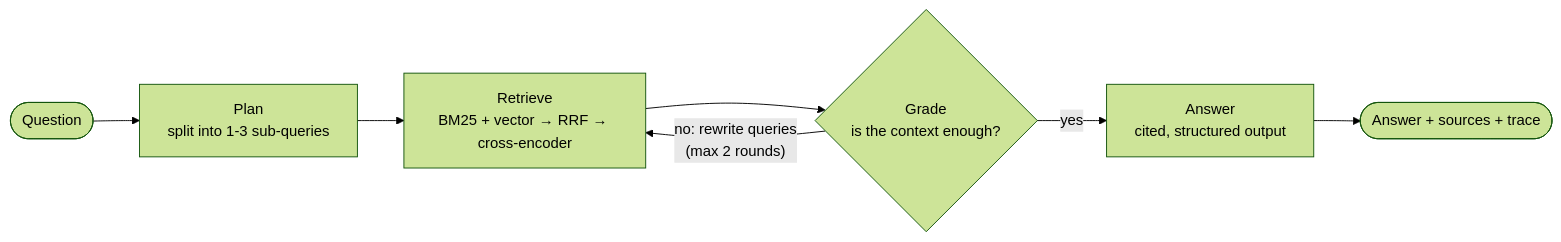
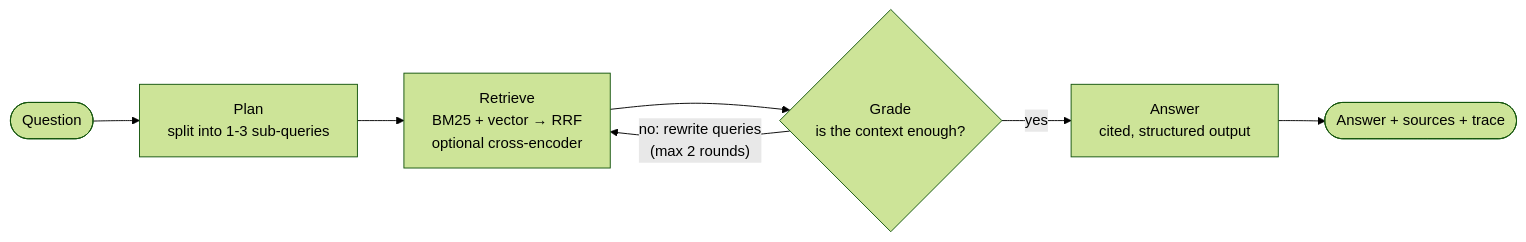
The first of 2 diagrams in README.md (Yarthik/research-pilot), drawn with Mermaid (forest theme) before and after one commit. The commit also changed other lines of this file and 14 other files, not shown here.

````diff
--- a/README.md
+++ b/README.md
@@ -22,9 +22,9 @@
 ```mermaid
 flowchart LR
     Q([Question]) --> P[Plan<br/>split into 1-3 sub-queries]
-    P --> R[Retrieve<br/>BM25 + vector → RRF → cross-encoder]
+    P --> R[Retrieve<br/>BM25 + vector → RRF<br/>optional cross-encoder]
     R --> G{Grade<br/>is the context enough?}
     G -- "no: rewrite queries<br/>(max 2 rounds)" --> R
     G -- yes --> A[Answer<br/>cited, structured output]
     A --> O([Answer + sources + trace])
 ```
````
